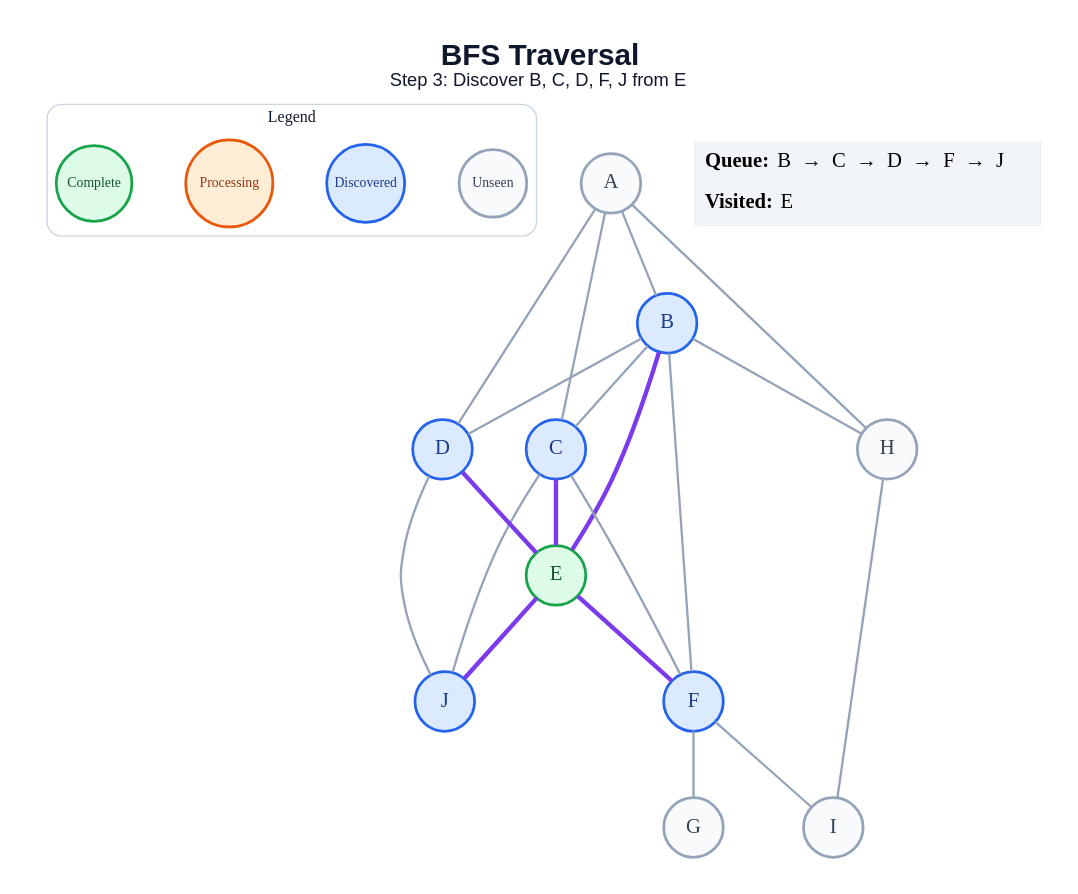
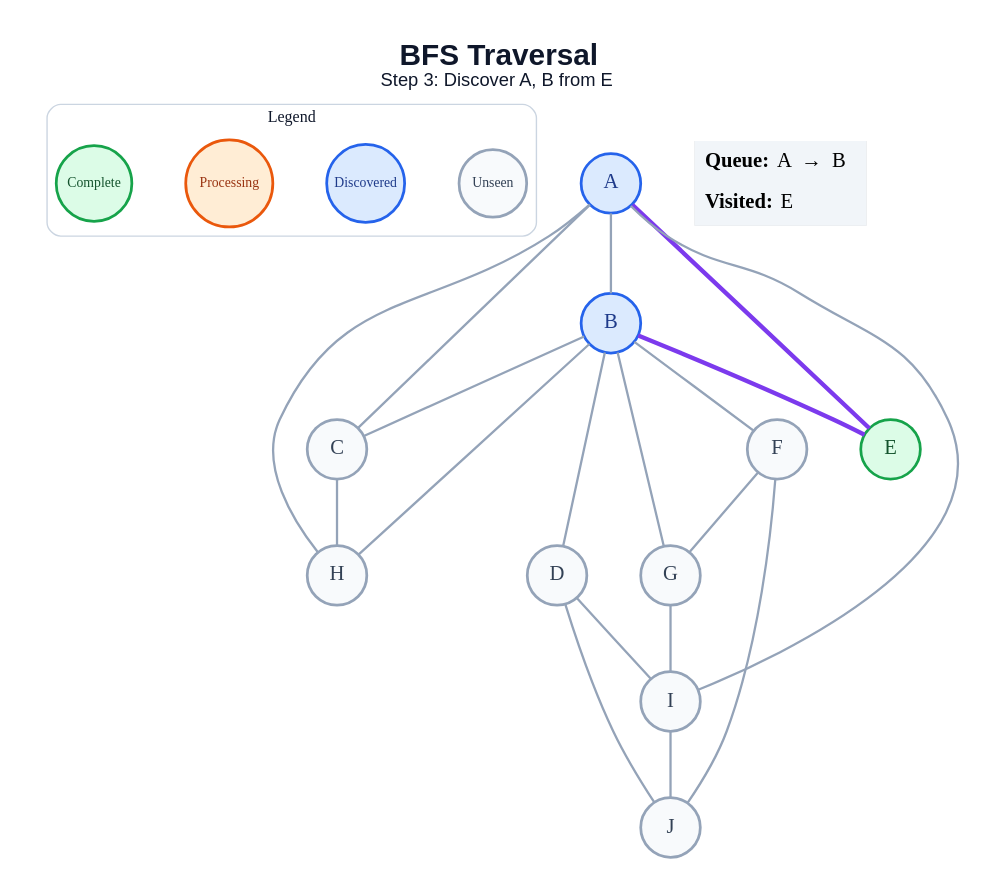
Before and after one commit to amanghodawala9/ai-slop: the diagram in generated/specific-node/bfs/step_03.dot, drawn with Graphviz. The commit also changed 178 other files, not shown here.

```diff
--- a/generated/specific-node/bfs/step_03.dot
+++ b/generated/specific-node/bfs/step_03.dot
@@ -1,48 +1,47 @@
 graph traversal {
   graph [layout=dot, rankdir=TB, bgcolor="#FFFFFF", pad="0.35", nodesep="0.65", ranksep="0.8", fontname="Arial"];
   node [shape=circle, style="filled", fontname="Arial Bold", fontsize=18, width=0.72, fixedsize=true, penwidth=2.4];
   edge [color="#94A3B8", penwidth=2.0];
-  label=<<B>BFS Traversal</B><BR/><FONT POINT-SIZE="16">Step 3: Discover B, C, D, F, J from E</FONT>>; labelloc="t"; fontsize=26; fontname="Arial"; fontcolor="#0F172A";
+  label=<<B>BFS Traversal</B><BR/><FONT POINT-SIZE="16">Step 3: Discover A, B from E</FONT>>; labelloc="t"; fontsize=26; fontname="Arial"; fontcolor="#0F172A";
   subgraph cluster_legend { label="Legend"; color="#CBD5E1"; penwidth=1.2; style="rounded"; fontsize=14; fontname="Arial Bold";
     key_unseen [label="Unseen", fillcolor="#F8FAFC", color="#94A3B8", fontcolor="#334155", fontsize=12, width=0.82];
     key_frontier [label="Discovered", fillcolor="#DBEAFE", color="#2563EB", fontcolor="#1E3A8A", fontsize=12, width=0.95];
     key_current [label="Processing", fillcolor="#FFEDD5", color="#EA580C", fontcolor="#9A3412", fontsize=12, width=1.05];
     key_done [label="Complete", fillcolor="#DCFCE7", color="#16A34A", fontcolor="#14532D", fontsize=12, width=0.92];
     { rank=same; key_unseen; key_frontier; key_current; key_done; }
   }
-  A [fillcolor="#F8FAFC", color="#94A3B8", fontcolor="#334155"];
+  A [fillcolor="#DBEAFE", color="#2563EB", fontcolor="#1E3A8A"];
   B [fillcolor="#DBEAFE", color="#2563EB", fontcolor="#1E3A8A"];
-  C [fillcolor="#DBEAFE", color="#2563EB", fontcolor="#1E3A8A"];
-  D [fillcolor="#DBEAFE", color="#2563EB", fontcolor="#1E3A8A"];
+  C [fillcolor="#F8FAFC", color="#94A3B8", fontcolor="#334155"];
+  D [fillcolor="#F8FAFC", color="#94A3B8", fontcolor="#334155"];
   E [fillcolor="#DCFCE7", color="#16A34A", fontcolor="#14532D"];
-  F [fillcolor="#DBEAFE", color="#2563EB", fontcolor="#1E3A8A"];
+  F [fillcolor="#F8FAFC", color="#94A3B8", fontcolor="#334155"];
   G [fillcolor="#F8FAFC", color="#94A3B8", fontcolor="#334155"];
   H [fillcolor="#F8FAFC", color="#94A3B8", fontcolor="#334155"];
   I [fillcolor="#F8FAFC", color="#94A3B8", fontcolor="#334155"];
-  J [fillcolor="#DBEAFE", color="#2563EB", fontcolor="#1E3A8A"];
+  J [fillcolor="#F8FAFC", color="#94A3B8", fontcolor="#334155"];
   A -- B;
   A -- C;
-  A -- D;
+  A -- E [color="#7C3AED", penwidth=3.8];
   A -- H;
+  A -- I;
   B -- C;
   B -- D;
   B -- E [color="#7C3AED", penwidth=3.8];
   B -- F;
+  B -- G;
   B -- H;
-  C -- E [color="#7C3AED", penwidth=3.8];
-  C -- F;
-  C -- J;
-  D -- E [color="#7C3AED", penwidth=3.8];
+  C -- H;
+  D -- I;
   D -- J;
-  E -- F [color="#7C3AED", penwidth=3.8];
-  E -- J [color="#7C3AED", penwidth=3.8];
   F -- G;
-  F -- I;
-  H -- I;
+  F -- J;
+  G -- I;
+  I -- J;
   status [shape=plain, fixedsize=false, width=0, height=0, margin=0, label=<
     <TABLE BORDER="0" CELLBORDER="0" CELLPADDING="7" BGCOLOR="#F1F5F9">
-      <TR><TD ALIGN="LEFT"><B>Queue:</B> B  →  C  →  D  →  F  →  J</TD></TR>
+      <TR><TD ALIGN="LEFT"><B>Queue:</B> A  →  B</TD></TR>
       <TR><TD ALIGN="LEFT"><B>Visited:</B> E</TD></TR>
     </TABLE>
   >];
 }
```
